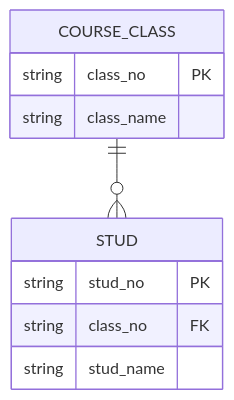
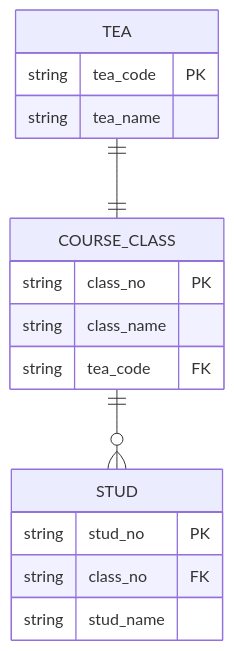
One commit to airmanxtw/StustTraining changed the diagram in docs/ER-MODEL.md. Above: the diagram before and after it, drawn with Mermaid.

Commit message:
feat: 更新 ER 模型，新增 TEA 表及其與 COURSE_CLASS 的關聯

````diff
--- a/docs/ER-MODEL.md
+++ b/docs/ER-MODEL.md
@@ -1,13 +1,19 @@
 ```mermaid
 erDiagram
     COURSE_CLASS ||--o{ STUD : ""
+    TEA ||--|| COURSE_CLASS : ""
     COURSE_CLASS {
         string class_no PK
         string class_name
+        string tea_code FK
     }
     STUD {
         string stud_no PK
         string class_no FK
         string stud_name
     }
+    TEA {
+        string tea_code PK
+        string tea_name
+    }
 ```
````
